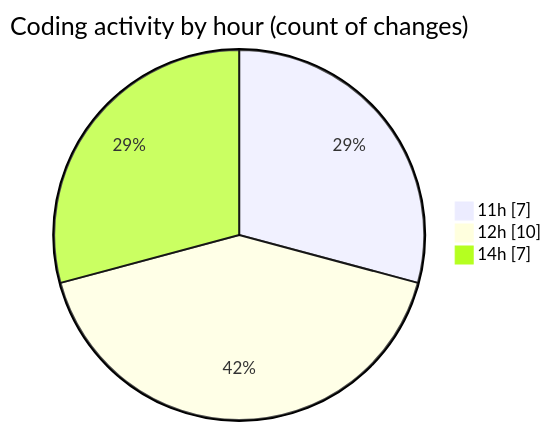
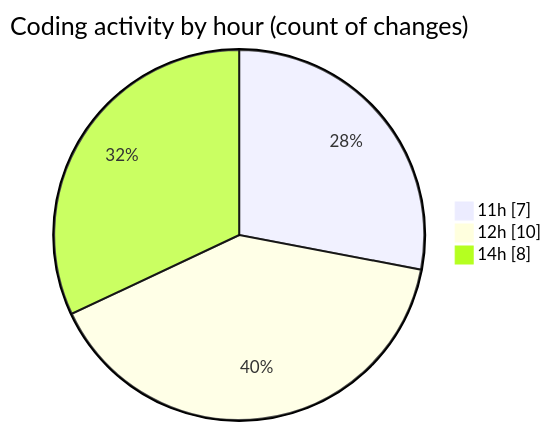
The second of 2 diagrams in 2026-04-09/cilapp/README.md (ricardozamudiocil/code-tracking), drawn with Mermaid before and after one commit. The commit also changed other lines of this file and 1 other file, not shown here.

````diff
--- a/2026-04-09/cilapp/README.md
+++ b/2026-04-09/cilapp/README.md
@@ -34,7 +34,7 @@
 ```mermaid
 pie showData
 title Coding activity by hour (count of changes)
 "11h" : 7
 "12h" : 10
-"14h" : 7
+"14h" : 8
 ```
````
